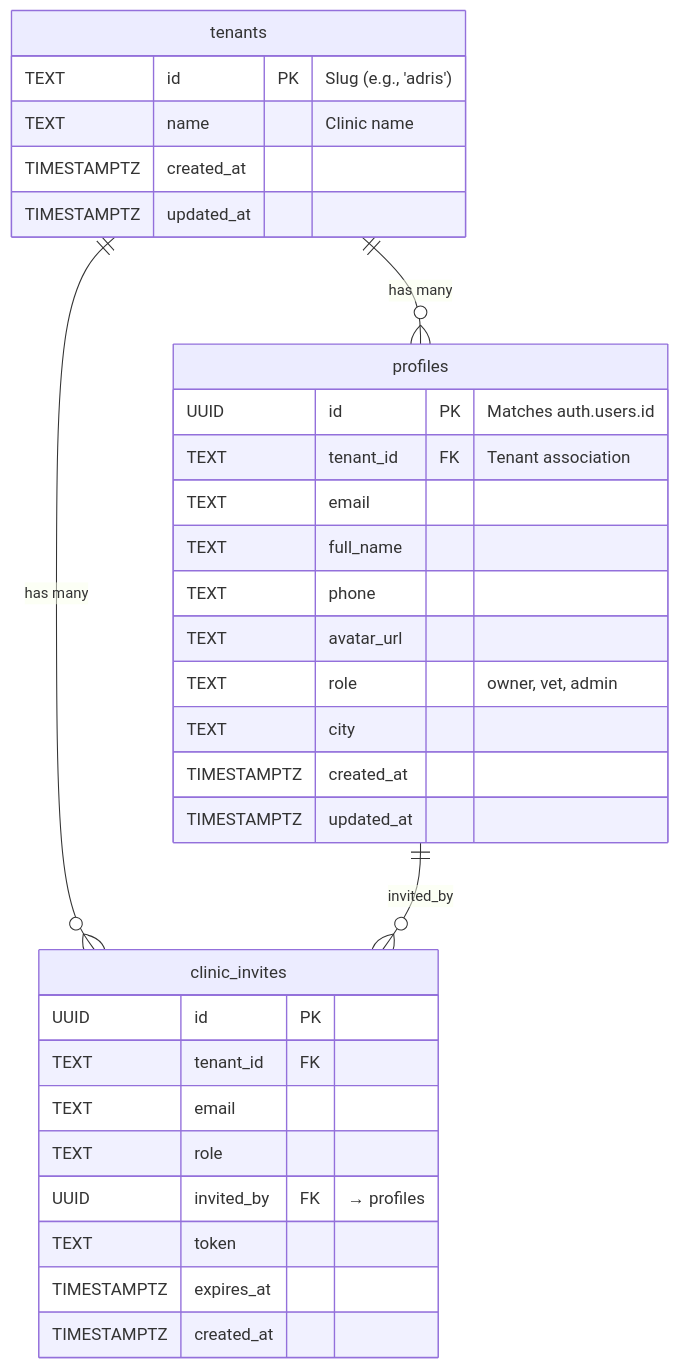
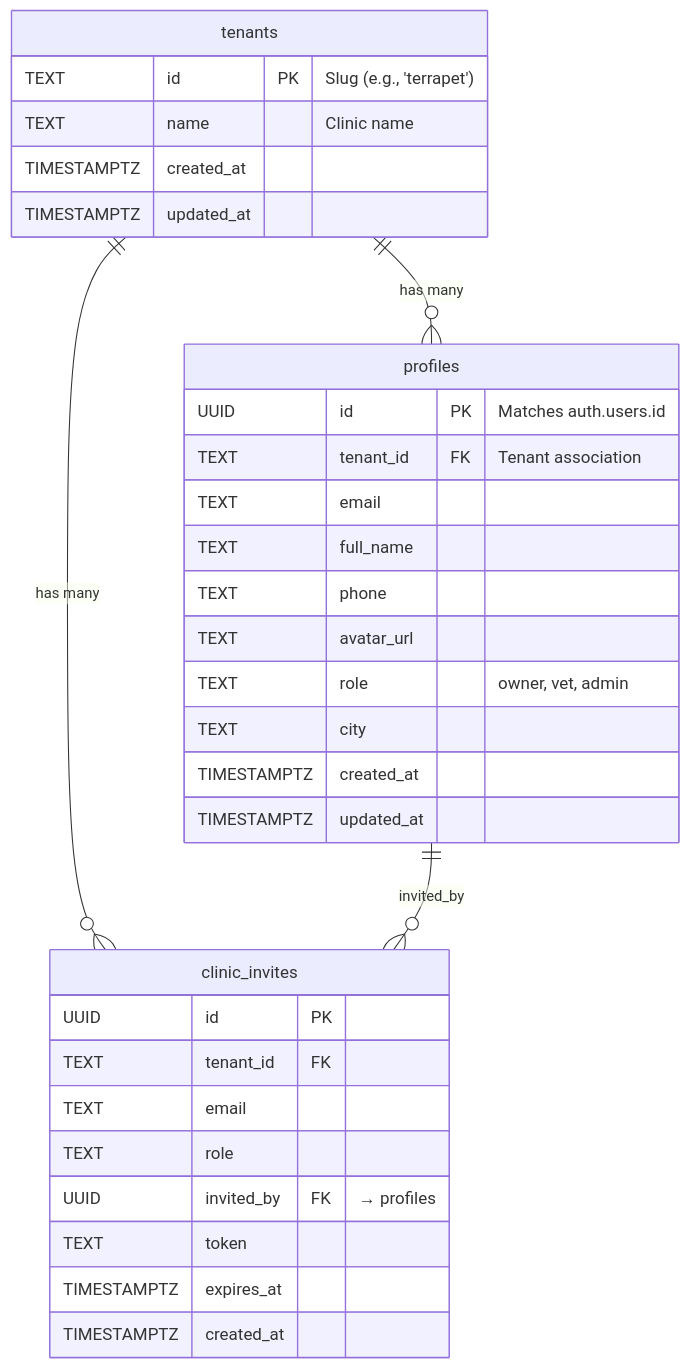
Before and after one commit to Ai-Whisperers/Vete: the first of 13 diagrams in web/docs/DATABASE_ER_DIAGRAM.md, drawn with Mermaid. The commit also changed 291 other files, not shown here.

First line of the commit message:
refactor: rebrand adris → terrapet

````diff
--- a/web/docs/DATABASE_ER_DIAGRAM.md
+++ b/web/docs/DATABASE_ER_DIAGRAM.md
@@ -60,37 +60,37 @@
 ```mermaid
 erDiagram
     tenants ||--o{ profiles : "has many"
     tenants ||--o{ clinic_invites : "has many"
     profiles ||--o{ clinic_invites : "invited_by"
 
     tenants {
-        TEXT id PK "Slug (e.g., 'adris')"
+        TEXT id PK "Slug (e.g., 'terrapet')"
         TEXT name "Clinic name"
         TIMESTAMPTZ created_at
         TIMESTAMPTZ updated_at
     }
 
     profiles {
         UUID id PK "Matches auth.users.id"
         TEXT tenant_id FK "Tenant association"
         TEXT email
         TEXT full_name
         TEXT phone
         TEXT avatar_url
         TEXT role "owner, vet, admin"
         TEXT city
         TIMESTAMPTZ created_at
         TIMESTAMPTZ updated_at
     }
 
     clinic_invites {
         UUID id PK
         TEXT tenant_id FK
         TEXT email
         TEXT role
         UUID invited_by FK "→ profiles"
         TEXT token
         TIMESTAMPTZ expires_at
         TIMESTAMPTZ created_at
     }
 ```
````
